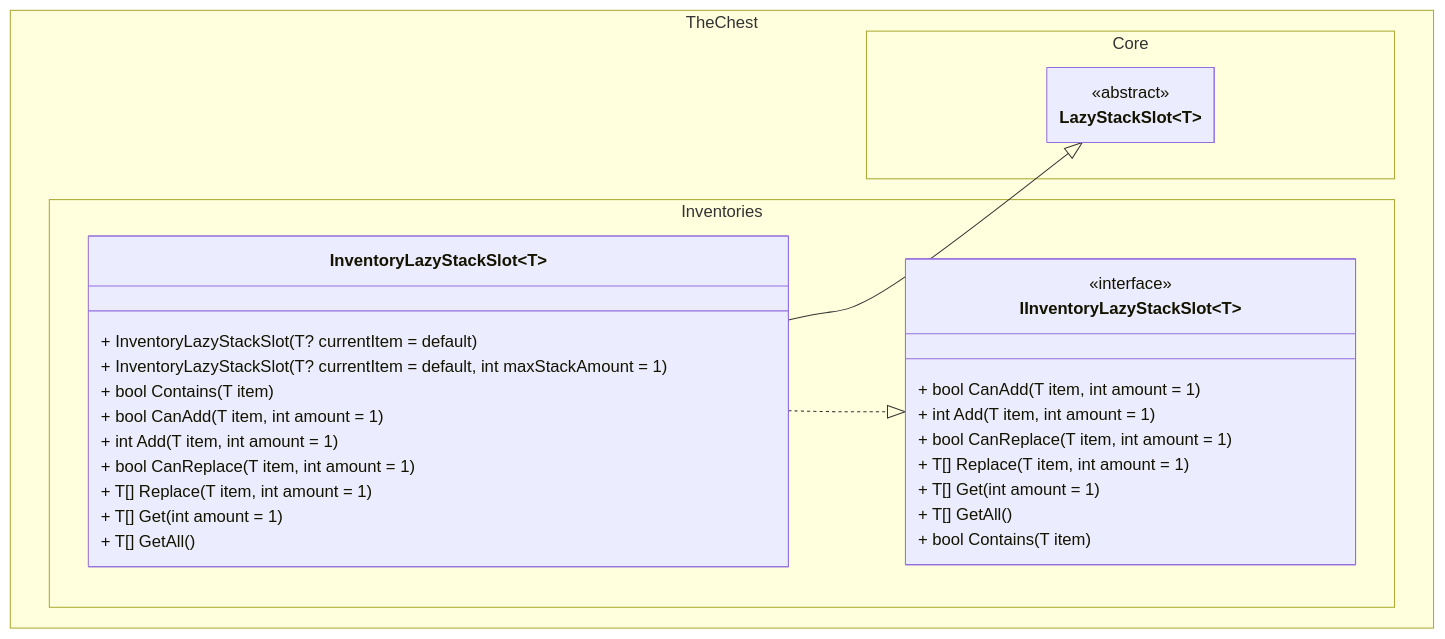
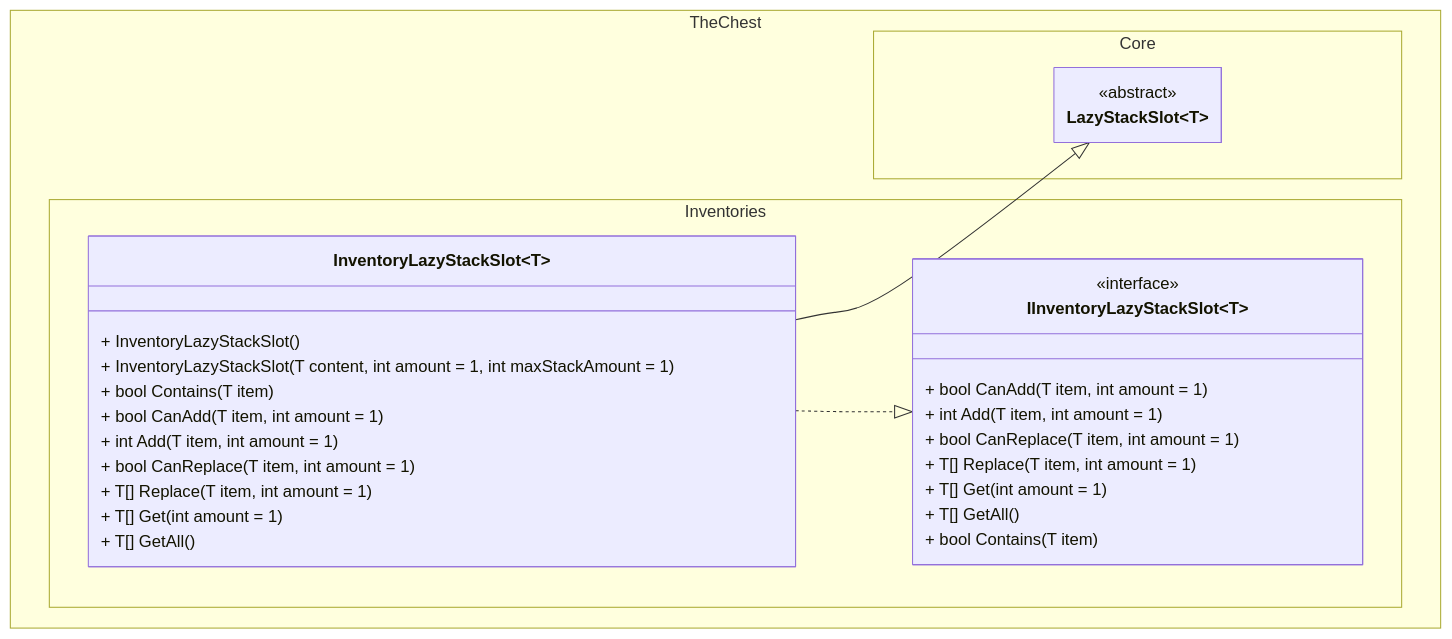
One commit to The-Chest/TheChest.Inventories changed the second of 2 diagrams in docs/lazy_stack_inventory/class_diagram.md. Above: the diagram before and after it, drawn with Mermaid. The commit also changed 1 other file, not shown here.

Commit message:
Updates class_diagrams.md with new slot constructors

````diff
--- a/docs/lazy_stack_inventory/class_diagram.md
+++ b/docs/lazy_stack_inventory/class_diagram.md
@@ -118,49 +118,49 @@
 ```mermaid
 ---
 config:
   theme: mc
   look: classic
   class:
     hideEmptyMembersBox: true
 ---
 classDiagram
 direction TB
 
 namespace TheChest.Core {
     class LazyStackSlot~T~ {
     }
 }
 <<abstract>> LazyStackSlot
 
 namespace TheChest.Inventories {
     class IInventoryLazyStackSlot~T~ {
         + bool CanAdd(T item, int amount = 1)
         + int Add(T item, int amount = 1)
 
         + bool CanReplace(T item, int amount = 1)
         + T[] Replace(T item, int amount = 1)
 
         + T[] Get(int amount = 1)
         + T[] GetAll()
         + bool Contains(T item)
     }
     class InventoryLazyStackSlot~T~ {
-        + InventoryLazyStackSlot(T? currentItem = default)
-        + InventoryLazyStackSlot(T? currentItem = default, int maxStackAmount = 1)
+        + InventoryLazyStackSlot()
+        + InventoryLazyStackSlot(T content, int amount = 1, int maxStackAmount = 1)
         
         + bool Contains(T item)
         
         + bool CanAdd(T item, int amount = 1)
         + int Add(T item, int amount = 1)
         
         + bool CanReplace(T item, int amount = 1)
         + T[] Replace(T item, int amount = 1)
         
         + T[] Get(int amount = 1)
         + T[] GetAll()
     }
 }
 <<interface>> IInventoryLazyStackSlot
 InventoryLazyStackSlot~T~ --|> LazyStackSlot~T~
 InventoryLazyStackSlot~T~ ..|> IInventoryLazyStackSlot~T~
 ```
````
